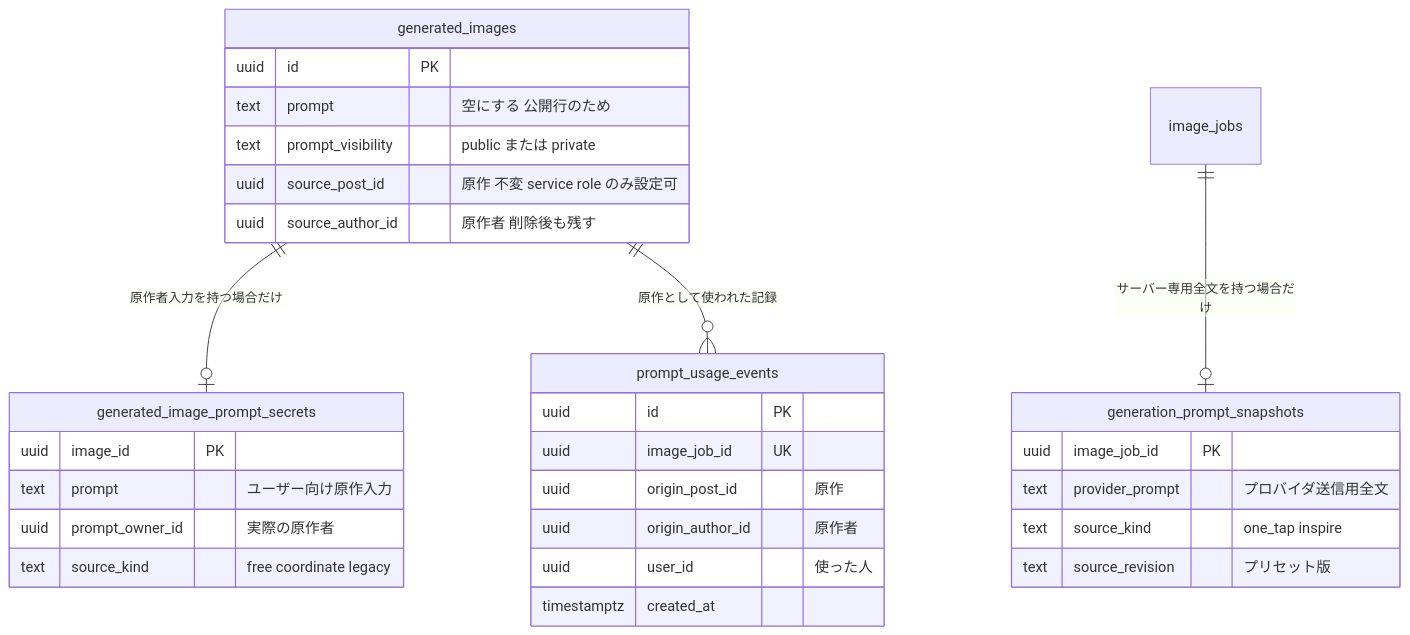
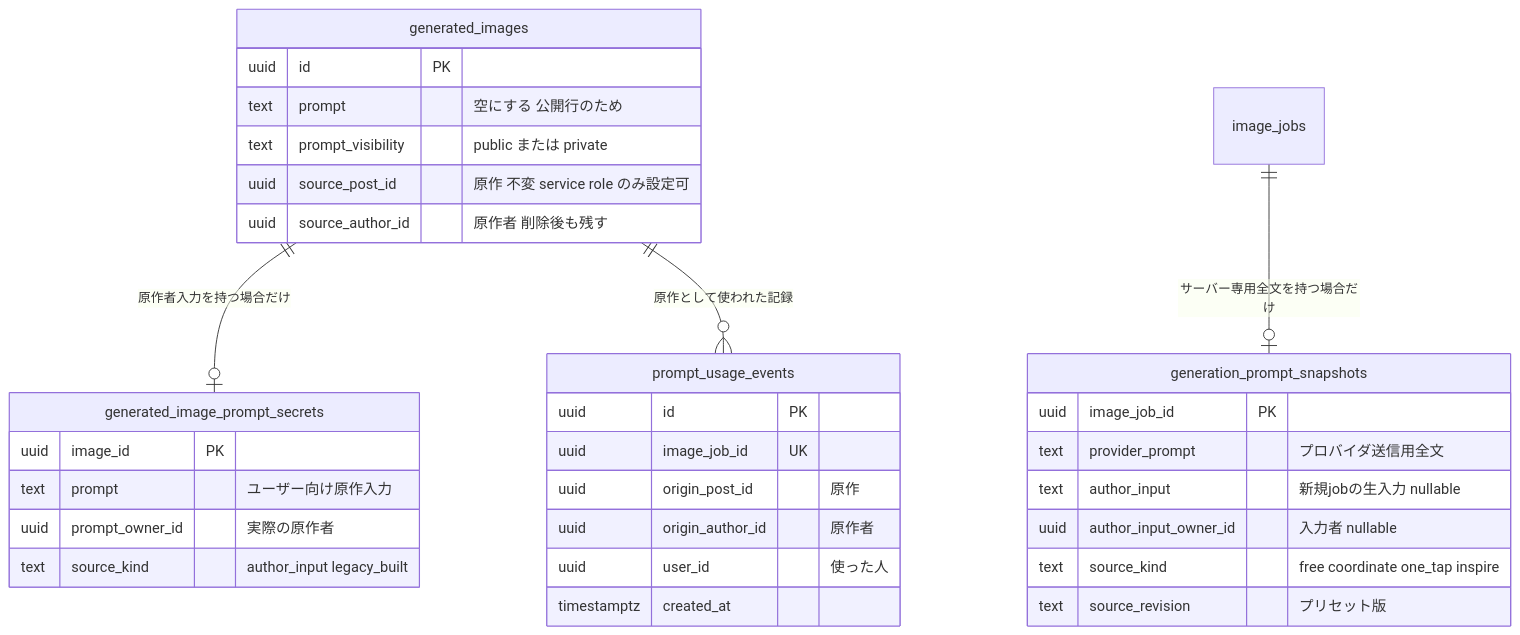
Before and after one commit to 3balljugglerYu/ai_coordinate: the fifth of 6 diagrams in docs/planning/free-prompt-private-mode-implementation-plan.md, drawn with Mermaid. The commit also changed other lines of this file, not shown here.

````diff
--- a/docs/planning/free-prompt-private-mode-implementation-plan.md
+++ b/docs/planning/free-prompt-private-mode-implementation-plan.md
@@ -231,33 +255,35 @@
 ```mermaid
 erDiagram
     generated_images ||--o| generated_image_prompt_secrets : "原作者入力を持つ場合だけ"
     image_jobs ||--o| generation_prompt_snapshots : "サーバー専用全文を持つ場合だけ"
     generated_images ||--o{ prompt_usage_events : "原作として使われた記録"
     generated_image_prompt_secrets {
         uuid image_id PK
         text prompt "ユーザー向け原作入力"
         uuid prompt_owner_id "実際の原作者"
-        text source_kind "free coordinate legacy"
+        text source_kind "author_input legacy_built"
     }
     generation_prompt_snapshots {
         uuid image_job_id PK
         text provider_prompt "プロバイダ送信用全文"
-        text source_kind "one_tap inspire"
+        text author_input "新規jobの生入力 nullable"
+        uuid author_input_owner_id "入力者 nullable"
+        text source_kind "free coordinate one_tap inspire"
         text source_revision "プリセット版"
     }
     generated_images {
         uuid id PK
         text prompt "空にする 公開行のため"
         text prompt_visibility "public または private"
         uuid source_post_id "原作 不変 service role のみ設定可"
         uuid source_author_id "原作者 削除後も残す"
     }
     prompt_usage_events {
         uuid id PK
         uuid image_job_id UK
         uuid origin_post_id "原作"
         uuid origin_author_id "原作者"
         uuid user_id "使った人"
         timestamptz created_at
     }
 ```
````
